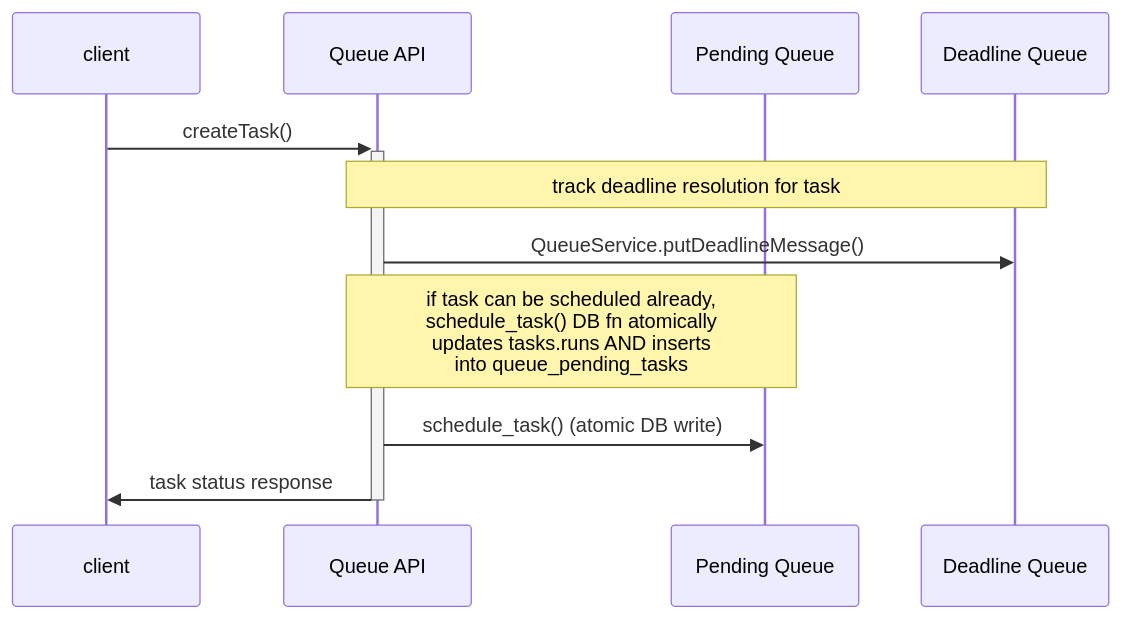
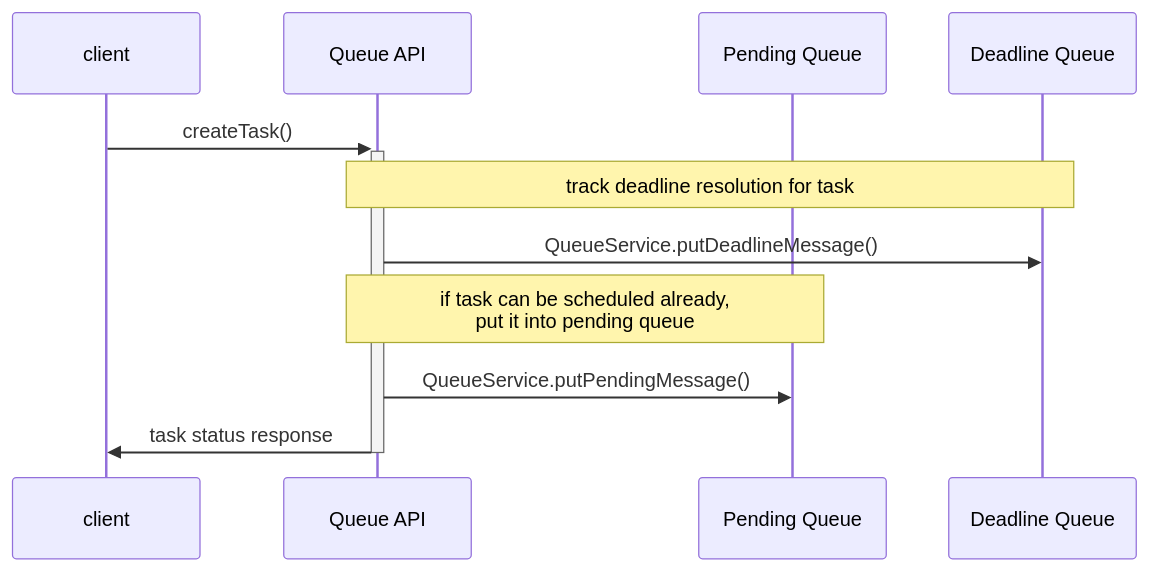
Before and after one commit to petemoore/taskcluster: the first of 3 diagrams in services/queue/README.md, drawn with Mermaid. The commit also changed other lines of this file and 1959 other files, not shown here.

````diff
--- a/services/queue/README.md
+++ b/services/queue/README.md
@@ -40,15 +38,15 @@
 ```mermaid
 sequenceDiagram
   participant client
   participant queue as Queue API
   participant pendingQueue as Pending Queue
   participant deadlineQueue as Deadline Queue
 
   client->>+queue: createTask()
   note over queue,deadlineQueue: track deadline resolution for task
   queue->>deadlineQueue: QueueService.putDeadlineMessage()
-  note over queue,pendingQueue: if task can be scheduled already,<br> schedule_task() DB fn atomically<br> updates tasks.runs AND inserts<br> into queue_pending_tasks
-  queue->>pendingQueue: schedule_task() (atomic DB write)
+  note over queue,pendingQueue: if task can be scheduled already,<br> put it into pending queue
+  queue->>pendingQueue: QueueService.putPendingMessage()
 
   queue->>-client: task status response
 ```
````
